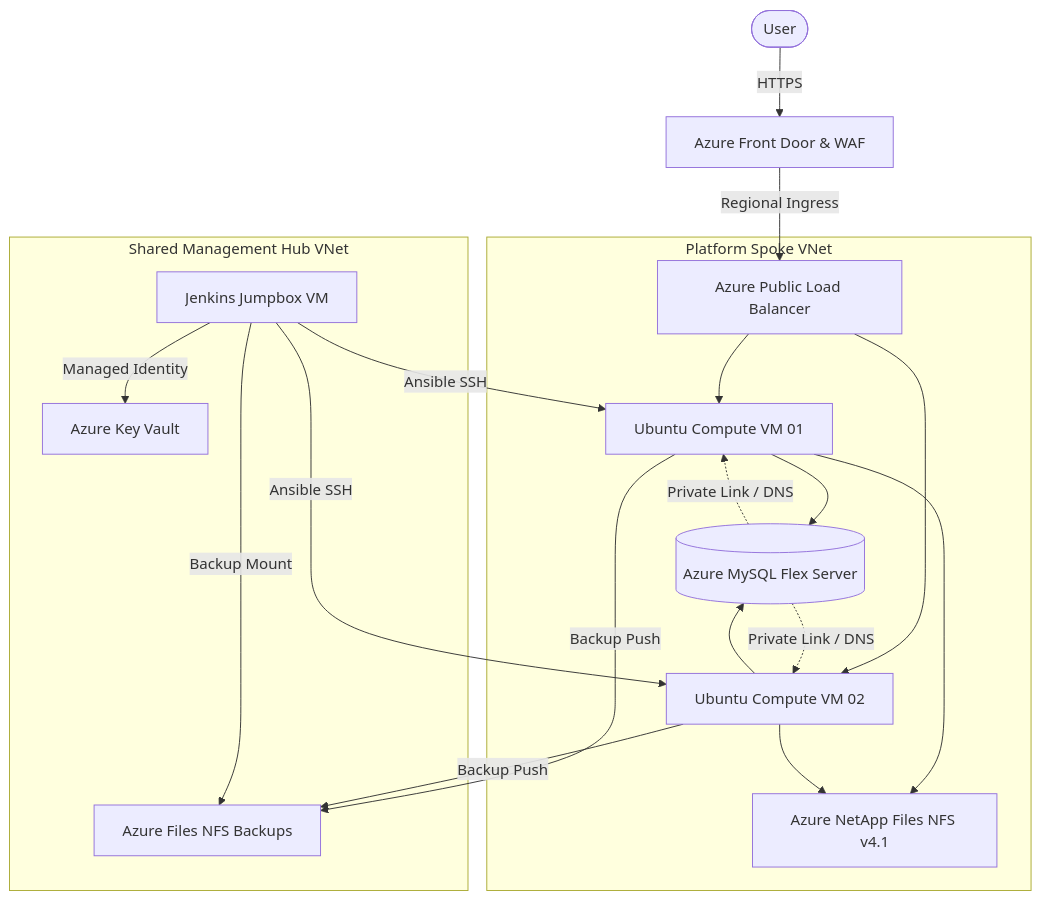
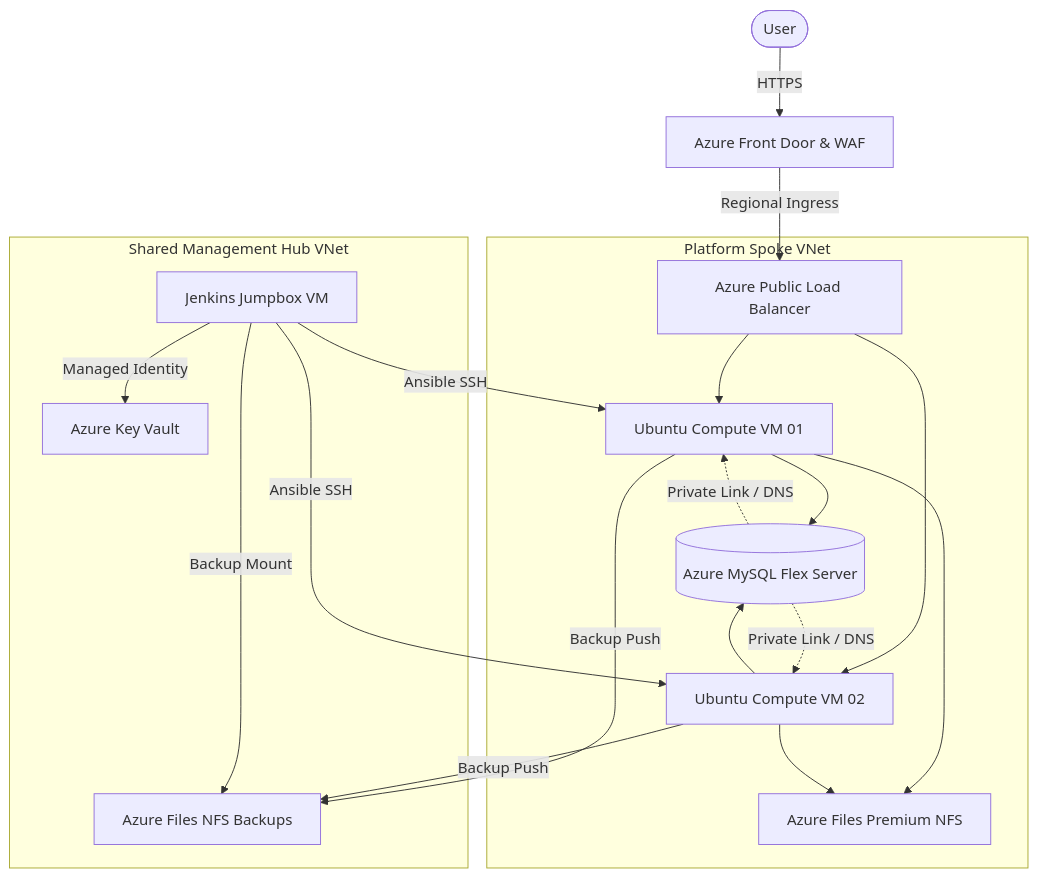
The diagram in README.md (chinmaymjog/azure-vm-hosting-solution), drawn with Mermaid before and after one commit. The commit also changed other lines of this file and 26 other files, not shown here.

First line of the commit message:
feat: beginner-friendly main - Azure Files NFS, single environment

````diff
--- a/README.md
+++ b/README.md
@@ -13,26 +13,26 @@
 ```mermaid
 graph TD
     User([User]) -->|HTTPS| AFD[Azure Front Door & WAF]
     AFD -->|Regional Ingress| ALB[Azure Public Load Balancer]
 
     subgraph "Platform Spoke VNet"
         ALB --> VM1[Ubuntu Compute VM 01]
         ALB --> VM2[Ubuntu Compute VM 02]
-        VM1 --> ANF[Azure NetApp Files NFS v4.1]
-        VM2 --> ANF
+        VM1 --> AFS[Azure Files Premium NFS]
+        VM2 --> AFS
         VM1 --> DB[(Azure MySQL Flex Server)]
         VM2 --> DB
     end
 
     subgraph "Shared Management Hub VNet"
         Jumpbox[Jenkins Jumpbox VM] -->|Ansible SSH| VM1
         Jumpbox -->|Ansible SSH| VM2
         Jumpbox -->|Backup Mount| NFS[Azure Files NFS Backups]
         VM1 -->|Backup Push| NFS
         VM2 -->|Backup Push| NFS
         Jumpbox -->|Managed Identity| KV[Azure Key Vault]
     end
 
     DB -.->|Private Link / DNS| VM1
     DB -.->|Private Link / DNS| VM2
 ```
````
